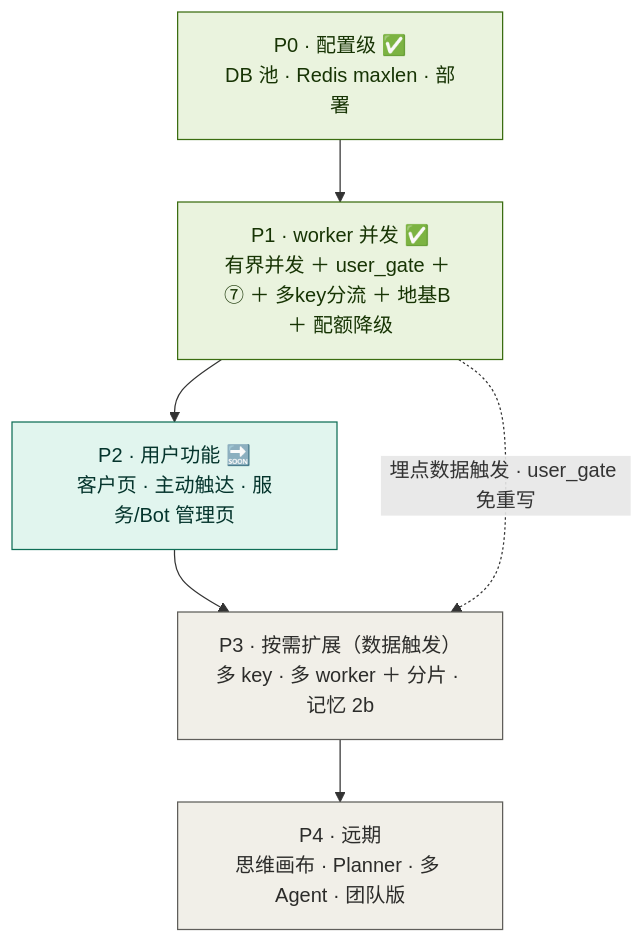
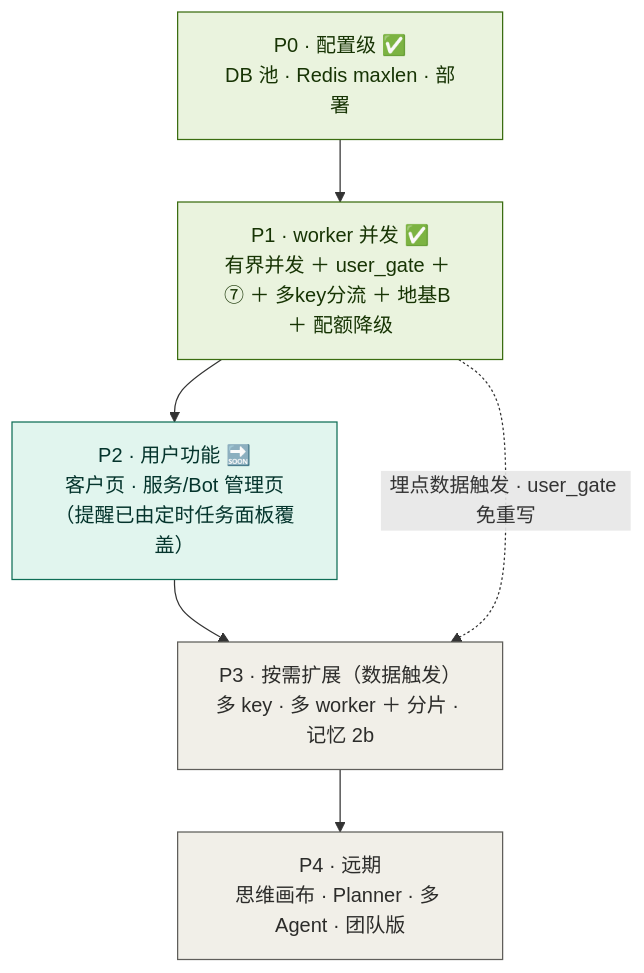
Before and after one commit to Coffeiz/Gugu-web: the diagram in docs/并发优化ROADMAP.md, drawn with Mermaid. The commit also changed other lines of this file, not shown here.

Commit message:
docs(roadmap): P2 截稿提醒降级为用户自定义（定时任务面板已覆盖）

````diff
--- a/docs/并发优化ROADMAP.md
+++ b/docs/并发优化ROADMAP.md
@@ -29,16 +29,16 @@
 ```mermaid
 flowchart TD
     P0["P0 · 配置级 ✅<br/>DB 池 · Redis maxlen · 部署"]
     P1["P1 · worker 并发 ✅<br/>有界并发 ＋ user_gate ＋ ⑦ ＋ 多key分流 ＋ 地基B ＋ 配额降级"]
-    P2["P2 · 用户功能 🔜<br/>客户页 · 主动触达 · 服务/Bot 管理页"]
+    P2["P2 · 用户功能 🔜<br/>客户页 · 服务/Bot 管理页（提醒已由定时任务面板覆盖）"]
     P3["P3 · 按需扩展（数据触发）<br/>多 key · 多 worker ＋ 分片 · 记忆 2b"]
     P4["P4 · 远期<br/>思维画布 · Planner · 多 Agent · 团队版"]
 
     P0 --> P1 --> P2 --> P3 --> P4
     P1 -. 埋点数据触发 · user_gate 免重写 .-> P3
 
     classDef done fill:#EAF3DE,stroke:#3B6D11,color:#173404;
     classDef now fill:#E1F5EE,stroke:#0F6E56,color:#04342C;
     classDef later fill:#F1EFE8,stroke:#5F5E5A,color:#2C2C2A;
     class P0,P1 done; class P2 now; class P3,P4 later;
 ```
````
